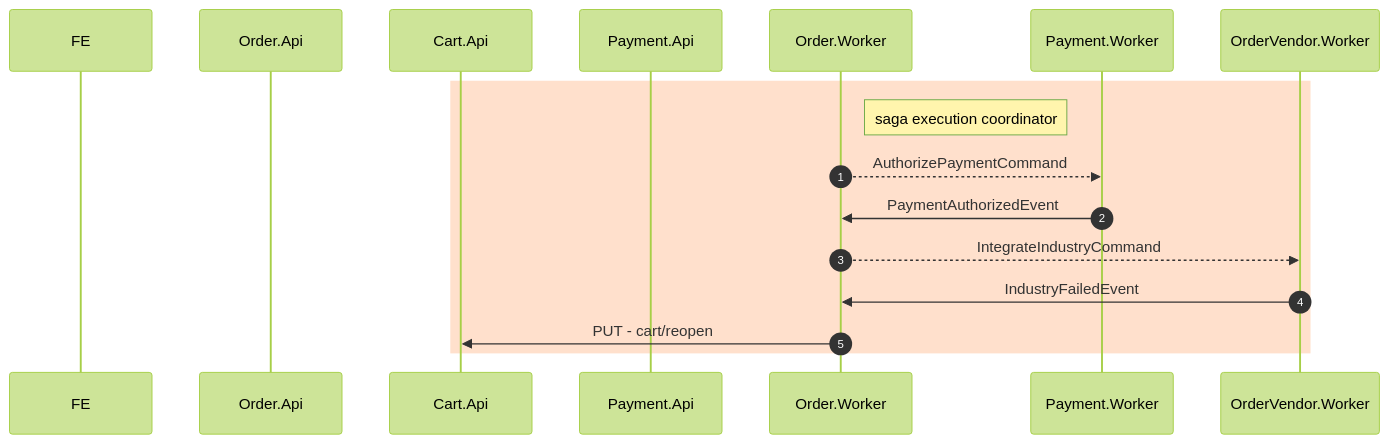
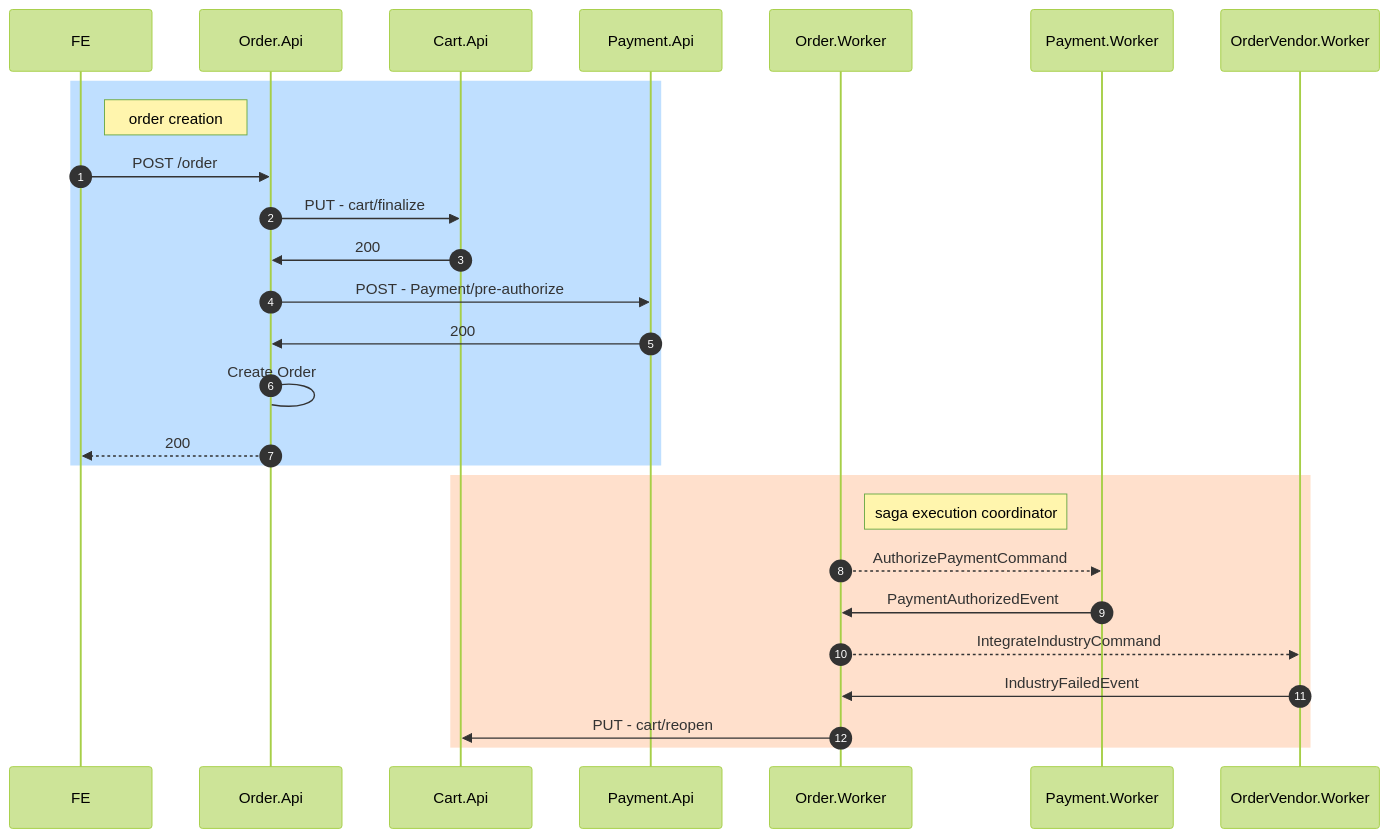
Before and after one commit to isaacnborges/saga-example: the second of 2 diagrams in README.md, drawn with Mermaid.

Commit message:
update saga workflow diagram

````diff
--- a/README.md
+++ b/README.md
@@ -84,22 +84,33 @@
 ```mermaid
 %%{init: {'theme':'forest'}}%%
 
 sequenceDiagram
   participant FE
   participant Order.Api
   participant Cart.Api
   participant Payment.Api
   participant Order.Worker
   participant Payment.Worker
   participant OrderVendor.Worker
   autonumber
+
+  rect rgb(191, 223, 255)
+    note right of FE: order creation
+    FE->>Order.Api: POST /order
+    Order.Api->>Cart.Api: PUT - cart/finalize
+    Cart.Api->>Order.Api: 200
+    Order.Api->>Payment.Api: POST - Payment/pre-authorize
+    Payment.Api->>Order.Api: 200
+    Order.Api->Order.Api: Create Order
+    Order.Api-->>FE: 200
+  end  
   
   rect rgb(255, 224, 204)
     note right of Order.Worker: saga execution coordinator
     Order.Worker-->>Payment.Worker: AuthorizePaymentCommand
     Payment.Worker->>Order.Worker: PaymentAuthorizedEvent
     Order.Worker-->>OrderVendor.Worker: IntegrateIndustryCommand
     OrderVendor.Worker->>Order.Worker: IndustryFailedEvent
     Order.Worker->>Cart.Api: PUT - cart/reopen
   end
 ```
````
